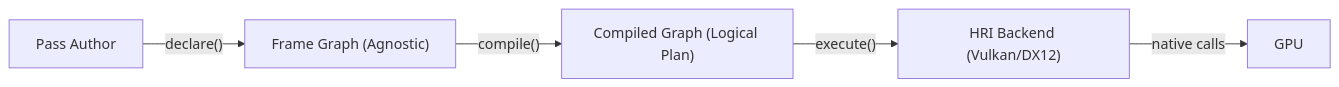
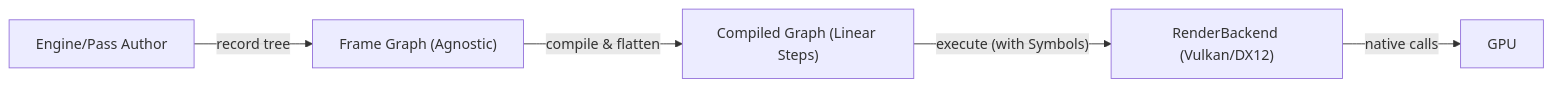
Before and after one commit to doomtr666/i3: the diagram in doc/frame_graph_design.md, drawn with Mermaid. The commit also changed other lines of this file and 37 other files, not shown here.

````diff
--- a/doc/frame_graph_design.md
+++ b/doc/frame_graph_design.md
@@ -579,7 +518,7 @@
 ```mermaid
 graph LR
-    User["Pass Author"] -- "declare()" --> FG["Frame Graph (Agnostic)"]
-    FG -- "compile()" --> CG["Compiled Graph (Logical Plan)"]
-    CG -- "execute()" --> RHI["HRI Backend (Vulkan/DX12)"]
+    User["Engine/Pass Author"] -- "record tree" --> FG["Frame Graph (Agnostic)"]
+    FG -- "compile & flatten" --> CG["Compiled Graph (Linear Steps)"]
+    CG -- "execute (with Symbols)" --> RHI["RenderBackend (Vulkan/DX12)"]
     RHI -- "native calls" --> GPU["GPU"]
 ```
````
